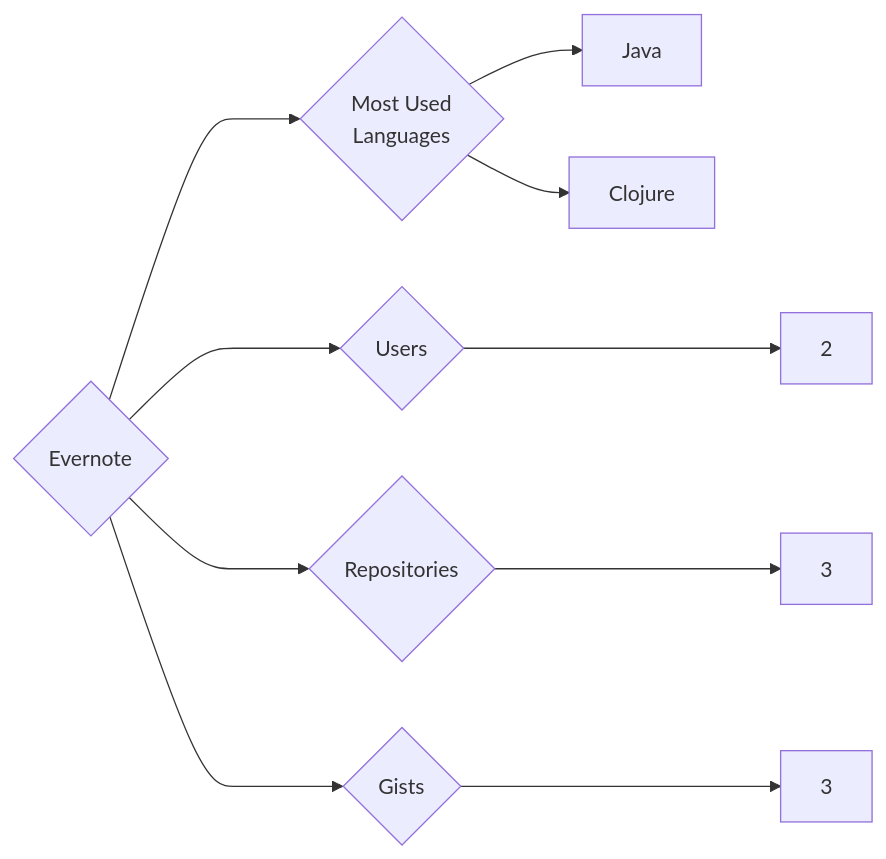
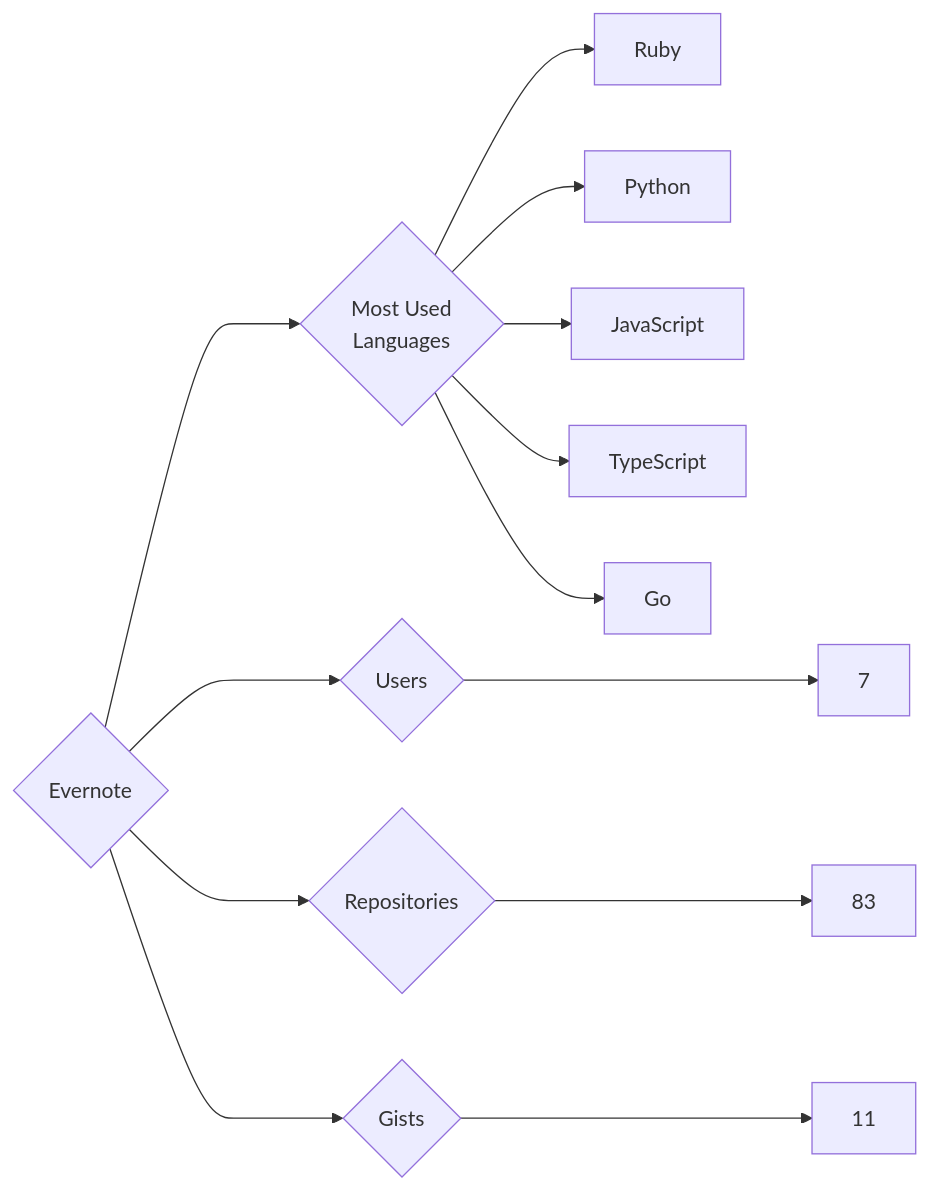
The diagram in targets/Evernote/README.md (trickest/insiders), drawn with Mermaid before and after one commit. The commit also changed 1003 other files, not shown here.

````diff
--- a/targets/Evernote/README.md
+++ b/targets/Evernote/README.md
@@ -3,10 +3,13 @@
 ```mermaid
 graph LR
 COMPANY_NAME{Evernote}
-COMPANY_NAME ---> U{Users} ---> UN[2]
-COMPANY_NAME ---> R{Repositories} ---> RN[3]
-COMPANY_NAME ---> G{Gists} ---> GN[3]
+COMPANY_NAME ---> U{Users} ---> UN[7]
+COMPANY_NAME ---> R{Repositories} ---> RN[83]
+COMPANY_NAME ---> G{Gists} ---> GN[11]
 COMPANY_NAME ---> ML{Most Used<br>Languages}
-ML --> Java[Java]
-ML --> Clojure[Clojure]
+ML --> Ruby[Ruby]
+ML --> Python[Python]
+ML --> JavaScript[JavaScript]
+ML --> TypeScript[TypeScript]
+ML --> Go[Go]
 ```
````
